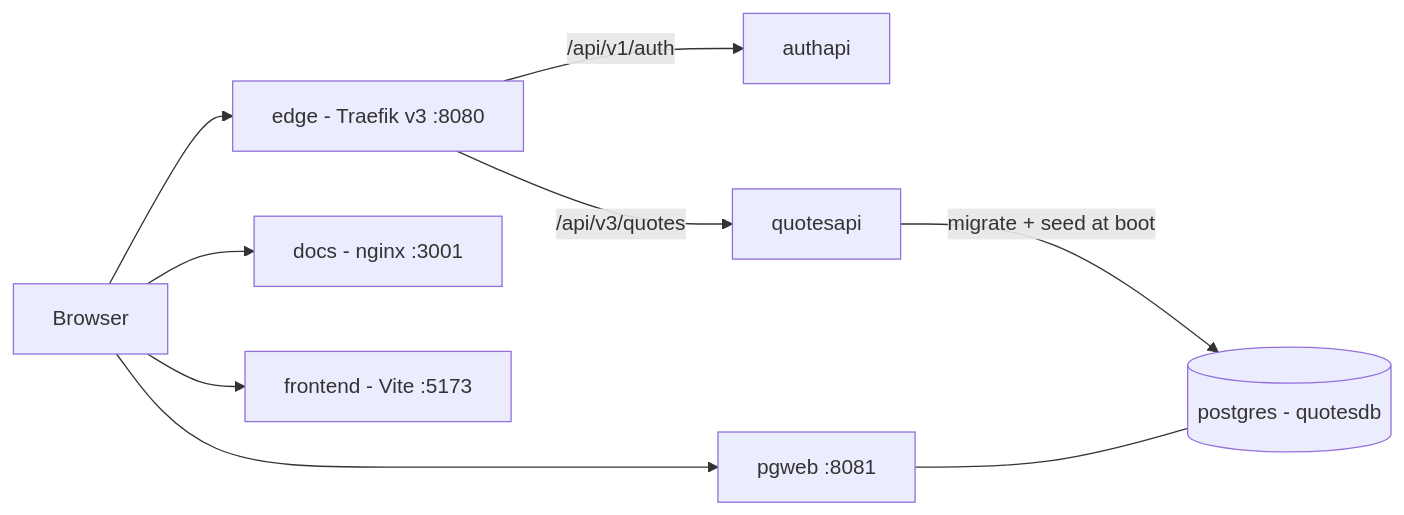
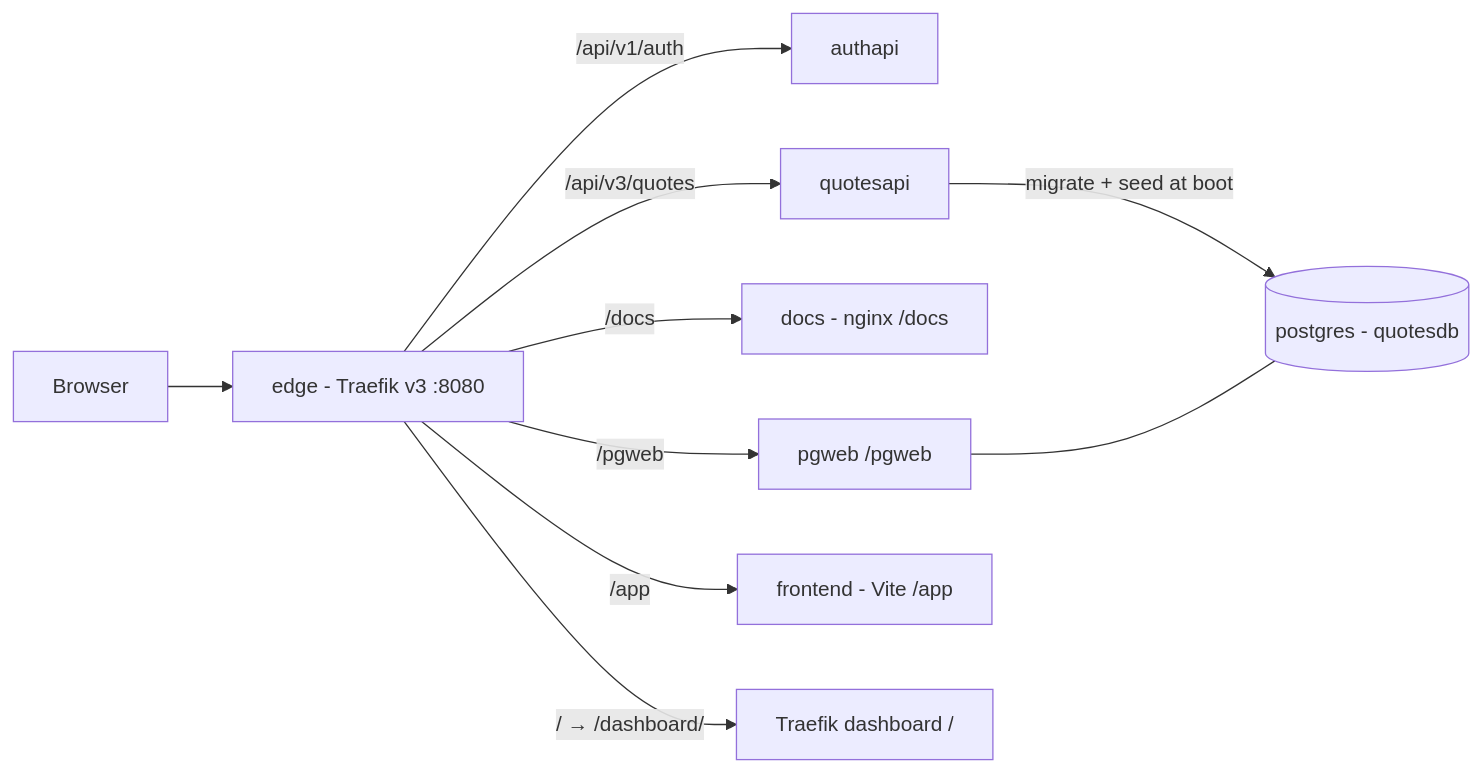
One commit to josnelihurt/code.examples.go.quotes changed the first of 2 diagrams in docs/architecture.md. Above: the diagram before and after it, drawn with Mermaid. The commit also changed other lines of this file and 11 other files, not shown here.

First line of the commit message:
feat: route docs pgweb and spa through one traefik port (#38)

````diff
--- a/docs/architecture.md
+++ b/docs/architecture.md
@@ -20,20 +20,22 @@
 ```mermaid
 flowchart LR
   user["Browser"]
   edge["edge - Traefik v3 :8080"]
   auth["authapi"]
   quotes["quotesapi"]
   pg[("postgres - quotesdb")]
-  docs["docs - nginx :3001"]
-  pgweb["pgweb :8081"]
-  vite["frontend - Vite :5173"]
+  docs["docs - nginx /docs"]
+  pgweb["pgweb /pgweb"]
+  vite["frontend - Vite /app"]
+  dash["Traefik dashboard /"]
 
   user --> edge
-  user --> docs
-  user --> pgweb
-  user --> vite
   edge -->|"/api/v1/auth"| auth
   edge -->|"/api/v3/quotes"| quotes
+  edge -->|"/docs"| docs
+  edge -->|"/pgweb"| pgweb
+  edge -->|"/app"| vite
+  edge -->|"/ → /dashboard/"| dash
   quotes -->|migrate + seed at boot| pg
   pgweb --- pg
 ```
````
